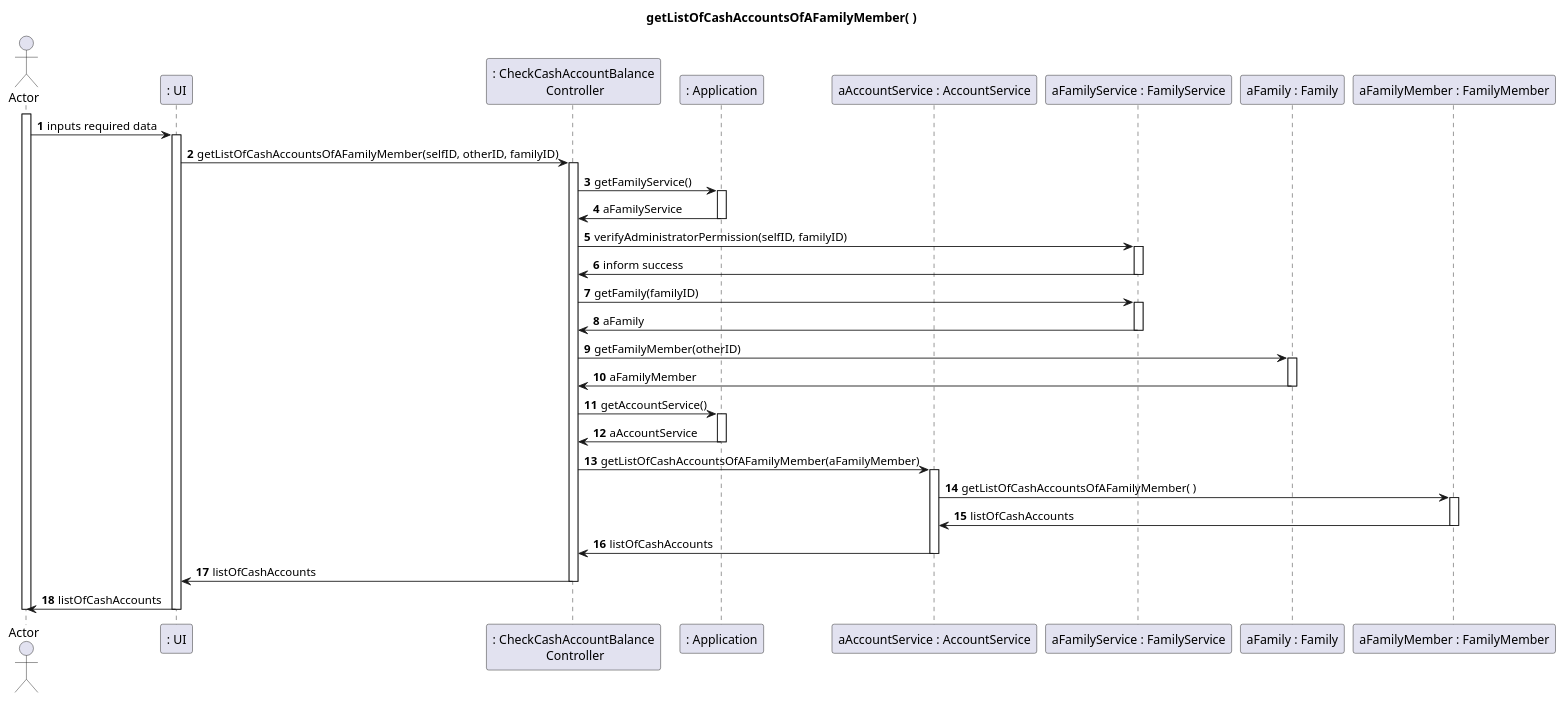
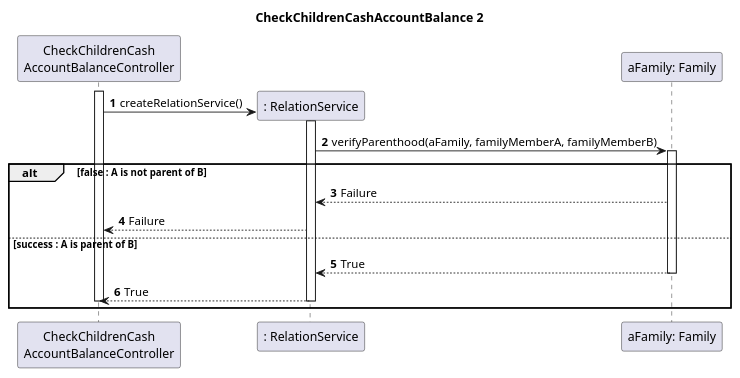
One commit to tomas-osswald/switch_2020_g3 changed the third of 5 diagrams in docs/sprint2/user_stories/US188_CheckChildrenCashAccountBalance.md. Above: the diagram before and after it, drawn with PlantUML. The commit also changed other lines of this file and 2 other files, not shown here.

Commit message:
finished us188 documentation. Changed Family method name to verifyParenthood

`````diff
--- a/docs/sprint2/user_stories/US188_CheckChildrenCashAccountBalance.md
+++ b/docs/sprint2/user_stories/US188_CheckChildrenCashAccountBalance.md
@@ -188,63 +179,25 @@
 ````puml
-autonumber 1
-title getListOfCashAccountsOfAFamilyMember( )
-actor "Actor" as actor
-participant ": UI" as UI
-participant ": CheckCashAccountBalance\n Controller" as controller
-participant ": Application" as app
-participant "aAccountService : AccountService" as aserv
-participant "aFamilyService : FamilyService" as fserv
-participant "aFamily : Family" as family
-participant "aFamilyMember : FamilyMember" as familyMember
+autonumber
 
-activate actor
-actor -> UI : inputs required data
-activate UI
-UI -> controller : getListOfCashAccountsOfAFamilyMember(selfID, otherID, familyID)
+title CheckChildrenCashAccountBalance 2
+
+participant "CheckChildrenCash\nAccountBalanceController" as controller
+participant ": RelationService" as relation
+participant "aFamily: Family" as family
 
 activate controller
-controller -> app : getFamilyService()
-activate app
-app -> controller : aFamilyService
-deactivate app
-
-controller -> fserv : verifyAdministratorPermission(selfID, familyID)
-activate fserv
-fserv -> controller : inform success
-deactivate fserv
-
-controller -> fserv : getFamily(familyID)
-activate fserv
-fserv -> controller : aFamily
-deactivate fserv
-
-controller -> family : getFamilyMember(otherID)
+controller -> relation **: createRelationService()
+activate relation 
+relation -> family : verifyParenthood(aFamily, familyMemberA, familyMemberB)
 activate family
-family -> controller : aFamilyMember
+alt false : A is not parent of B
+family --> relation : Failure
+controller <-- relation : Failure 
+else success : A is parent of B
+family --> relation : True
 deactivate family
-
-controller -> app : getAccountService()
-activate app
-controller <- app : aAccountService
-deactivate app
-
-controller -> aserv : getListOfCashAccountsOfAFamilyMember(aFamilyMember)
-activate aserv
-aserv -> familyMember : getListOfCashAccountsOfAFamilyMember( )
-
-activate familyMember
-
-
-familyMember -> aserv : listOfCashAccounts
-deactivate familyMember
-deactivate familyMember
-aserv -> controller : listOfCashAccounts
-deactivate aserv
-
-controller -> UI : listOfCashAccounts
+relation --> controller : True
+deactivate relation
 deactivate controller
-
-UI -> actor : listOfCashAccounts
-deactivate UI
-deactivate actor
+end
 ````
`````
